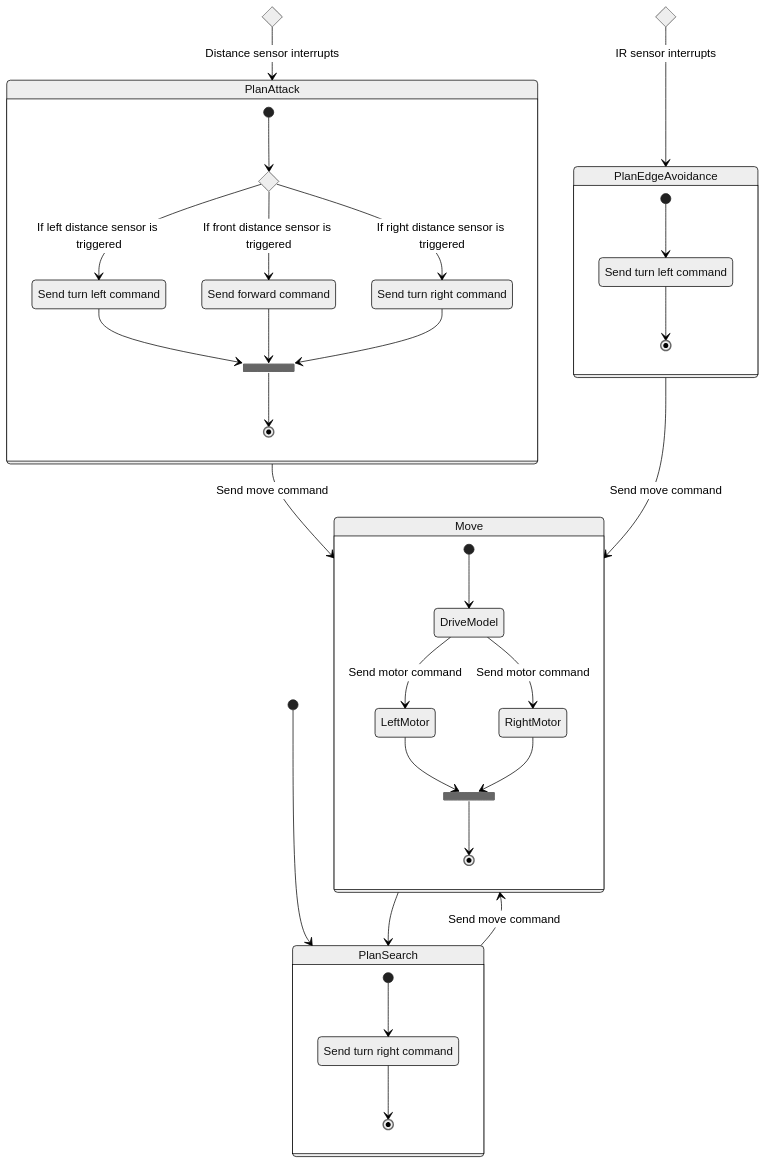
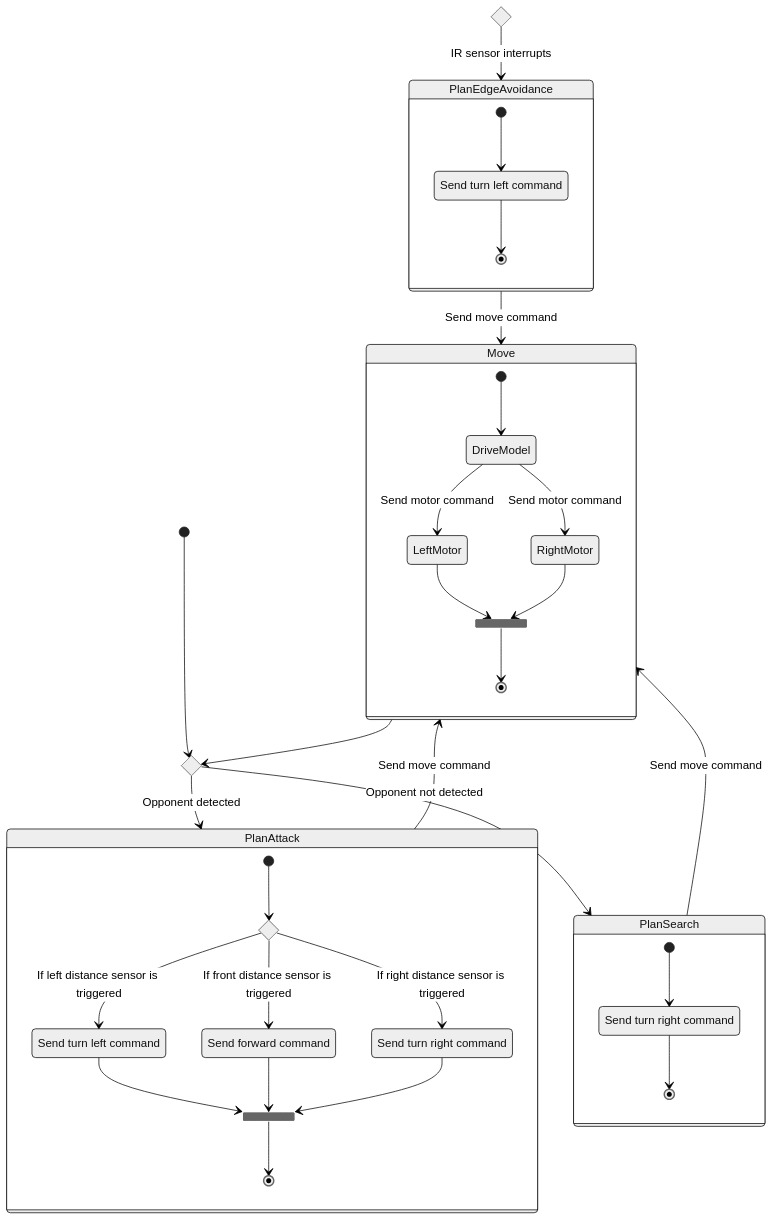
The diagram in sumoltaneous-equations-dev/README.md (dennuguyen/sumoltaneous-equations), drawn with Mermaid (neutral theme) before and after one commit.

Commit message:
Update state diagram.

````diff
--- a/sumoltaneous-equations-dev/README.md
+++ b/sumoltaneous-equations-dev/README.md
@@ -5,55 +5,56 @@
 ```mermaid
 stateDiagram-v2
     state if_ir_sensor_interrupt <<choice>>
-    state if_distance_sensor_interrupt <<choice>>
-    [*] --> PlanSearch
+    state if_distance_sensor <<choice>>
+    [*] --> if_distance_sensor
 
     if_ir_sensor_interrupt --> PlanEdgeAvoidance: IR sensor interrupts
 
-    if_distance_sensor_interrupt --> PlanAttack: Distance sensor interrupts
+    if_distance_sensor --> PlanAttack: Opponent detected
+    if_distance_sensor --> PlanSearch: Opponent not detected
 
     state PlanSearch {
         [*] --> SearchTurnRight
         SearchTurnRight: Send turn right command
         SearchTurnRight --> [*]
     }
 
     state PlanAttack {
         state if_which_distance_sensor <<choice>>
         state join_attack_move <<join>>
         [*] --> if_which_distance_sensor
         if_which_distance_sensor --> TurnLeft: If left distance sensor is triggered
         TurnLeft: Send turn left command
         if_which_distance_sensor --> Forward: If front distance sensor is triggered
         Forward: Send forward command
         if_which_distance_sensor --> TurnRight: If right distance sensor is triggered
         TurnRight: Send turn right command
         TurnLeft --> join_attack_move
         Forward --> join_attack_move
         TurnRight --> join_attack_move
         join_attack_move --> [*]
     }
 
     state PlanEdgeAvoidance {
         [*] --> AvoidTurnLeft
         AvoidTurnLeft: Send turn left command
         AvoidTurnLeft --> [*]
     }
 
     PlanSearch --> Move: Send move command
     PlanAttack --> Move: Send move command
     PlanEdgeAvoidance --> Move: Send move command
 
     state Move {
         state join_after_move <<join>>
         [*] --> DriveModel
         DriveModel
         DriveModel --> LeftMotor: Send motor command
         DriveModel --> RightMotor: Send motor command
         LeftMotor --> join_after_move
         RightMotor --> join_after_move
         join_after_move --> [*]
     }
 
-    Move --> PlanSearch
+    Move --> if_distance_sensor
 ```
````
